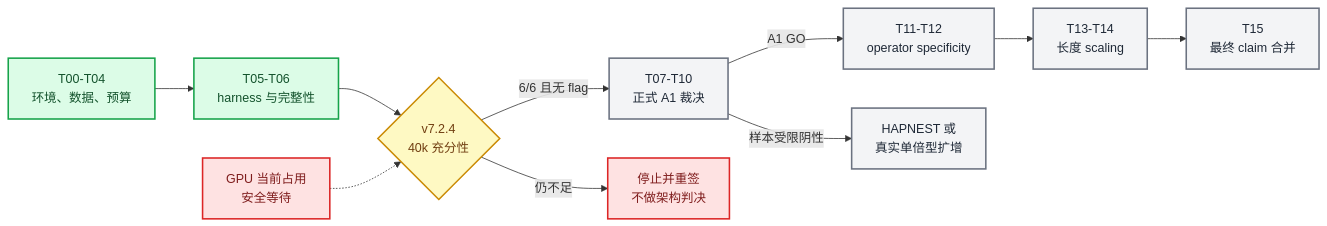
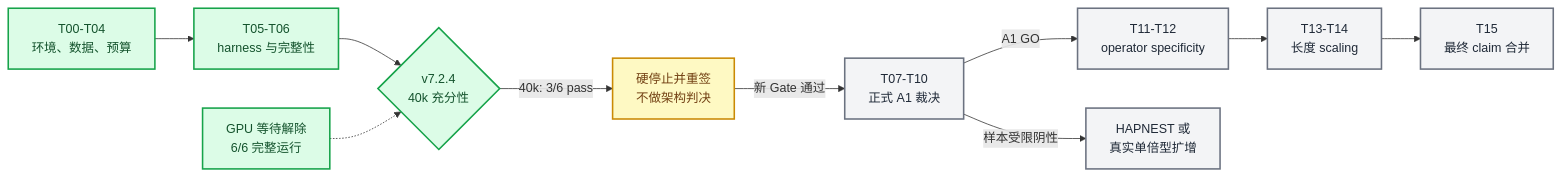
The diagram in V7_SESSION_HANDOFF_20260828.md (Nick-Yuxiao/Grassmann-SNP-model), drawn with Mermaid before and after one commit. The commit also changed other lines of this file, not shown here.

````diff
--- a/V7_SESSION_HANDOFF_20260828.md
+++ b/V7_SESSION_HANDOFF_20260828.md
@@ -30,25 +30,25 @@
 ```mermaid
 flowchart LR
     accTitle: V7 Evidence Gate Progression
     accDescr: V7 progresses from environment and data freezing through training adequacy, formal A1, operator testing, sequence scaling, and final claims; the current GPU blocker is before the final bounded 40k diagnostic.
 
     p0["T00-T04<br/>环境、数据、预算"] --> harness["T05-T06<br/>harness 与完整性"]
     harness --> horizon{"v7.2.4<br/>40k 充分性"}
-    gpu_busy["GPU 当前占用<br/>安全等待"] -.-> horizon
-    horizon -->|"6/6 且无 flag"| a1["T07-T10<br/>正式 A1 裁决"]
-    horizon -->|"仍不足"| replan["停止并重签<br/>不做架构判决"]
+    gpu_busy["GPU 等待解除<br/>6/6 完整运行"] -.-> horizon
+    horizon -->|"40k: 3/6 pass"| replan["硬停止并重签<br/>不做架构判决"]
+    replan -->|"新 Gate 通过"| a1["T07-T10<br/>正式 A1 裁决"]
     a1 -->|"A1 GO"| a2["T11-T12<br/>operator specificity"]
     a1 -->|"样本受限阴性"| synthetic["HAPNEST 或<br/>真实单倍型扩增"]
     a2 --> scaling["T13-T14<br/>长度 scaling"]
     scaling --> merge["T15<br/>最终 claim 合并"]
 
     classDef complete fill:#dcfce7,stroke:#16a34a,stroke-width:2px,color:#14532d
     classDef current fill:#fef9c3,stroke:#ca8a04,stroke-width:2px,color:#713f12
     classDef blocked fill:#fee2e2,stroke:#dc2626,stroke-width:2px,color:#7f1d1d
     classDef future fill:#f3f4f6,stroke:#6b7280,stroke-width:2px,color:#1f2937
 
     class p0,harness complete
-    class horizon current
-    class gpu_busy,replan blocked
+    class horizon,gpu_busy complete
+    class replan current
     class a1,a2,synthetic,scaling,merge future
 ```
````
